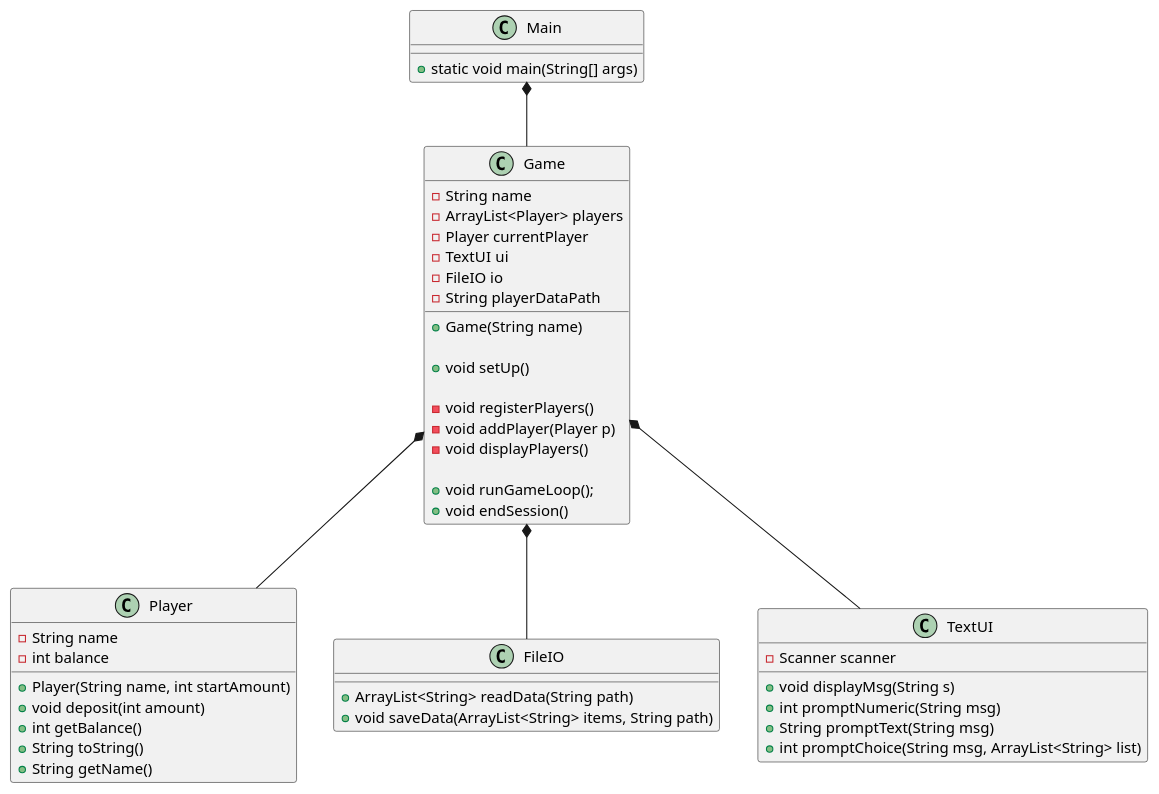
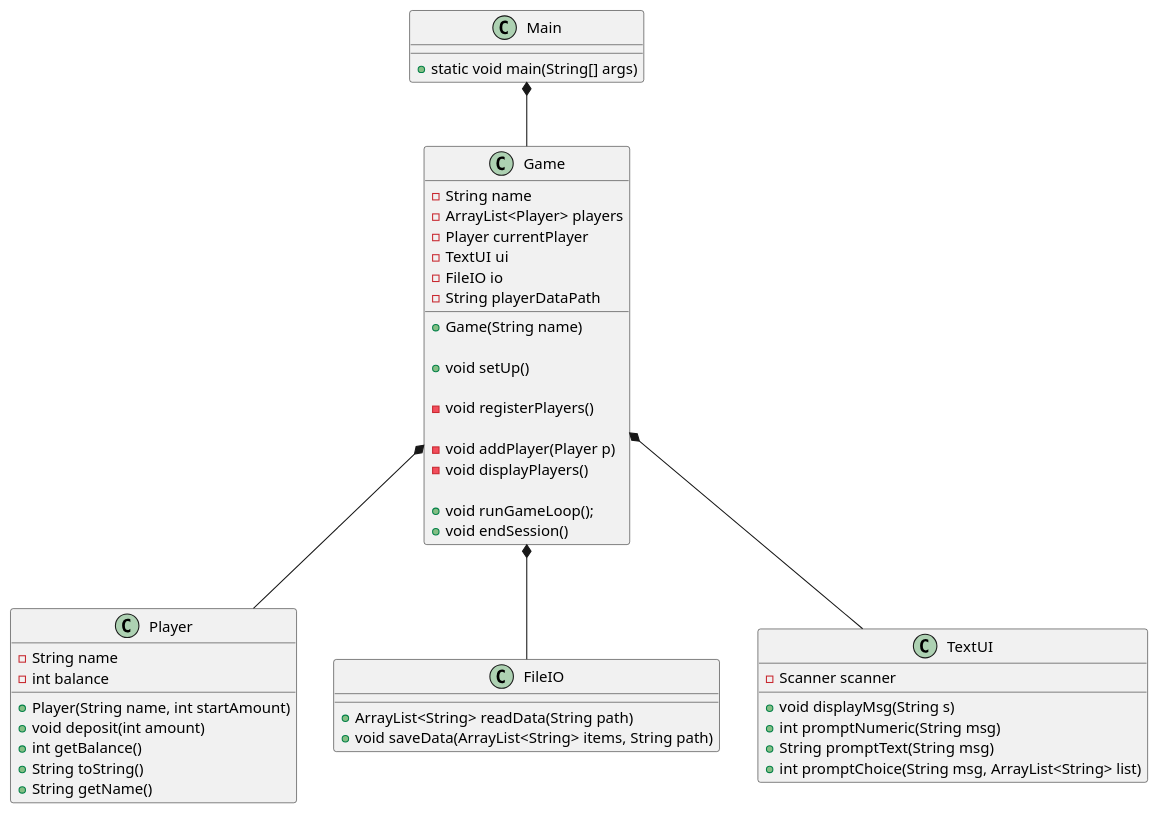
The diagram in doc/Plan/static/classdiagram_v0.puml (Dat1Cphbusiness/MonopolyE24), drawn with PlantUML before and after one commit. The commit also changed 2 other files, not shown here.

```diff
--- a/doc/Plan/static/classdiagram_v0.puml
+++ b/doc/Plan/static/classdiagram_v0.puml
@@ -1,58 +1,60 @@
 @startuml
 class Main{
 + static void main(String[] args)
 }
 
 class Game{
  - String name
  - ArrayList<Player> players
  - Player currentPlayer
  - TextUI ui
  - FileIO io
  - String playerDataPath
  + Game(String name)
 
- ' new: the creation of player objects (based on either data or userinput), will happen from the Game class instead of main)
+ ' gamedataload, object creation, option to start new game
  + void setUp()
 
+ 'object creation with UI
   - void registerPlayers()
+
   - void addPlayer(Player p)
   - void displayPlayers()
 
  'new: we need a loop to manage each players' turn during the life cycle of the game
  + void runGameLoop();
  + void endSession()
 
 }
 
 class Player{
 - String name
 - int balance
 + Player(String name, int startAmount)
 + void deposit(int amount)
 + int getBalance()
 + String toString()
 + String getName()
 
 }
 class FileIO{
 + ArrayList<String> readData(String path)
 + void saveData(ArrayList<String> items, String path)
 }
 
 class TextUI{
 - Scanner scanner
 + void displayMsg(String s)
 + int promptNumeric(String msg)
 + String promptText(String msg)
 + int promptChoice(String msg, ArrayList<String> list)
 
 
 }
 
 Game *-- TextUI
 Main *-- Game
 Game *-- Player
 Game *-- FileIO
 
 @enduml
```
